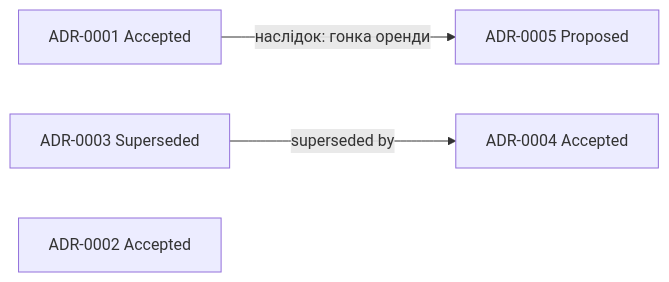
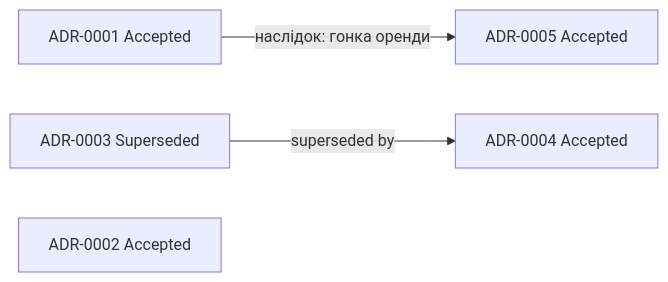
The diagram in docs/architecture/adr/index.md (YakymivDanylo/Fleet-management), drawn with Mermaid before and after one commit. The commit also changed other lines of this file and 9 other files, not shown here.

````diff
--- a/docs/architecture/adr/index.md
+++ b/docs/architecture/adr/index.md
@@ -30,6 +30,6 @@
 ```mermaid
 flowchart LR
-  A1[ADR-0001 Accepted] -->|наслідок: гонка оренди| A5[ADR-0005 Proposed]
+  A1[ADR-0001 Accepted] -->|наслідок: гонка оренди| A5[ADR-0005 Accepted]
   A3[ADR-0003 Superseded] -->|superseded by| A4[ADR-0004 Accepted]
   A2[ADR-0002 Accepted]
 ```
````
